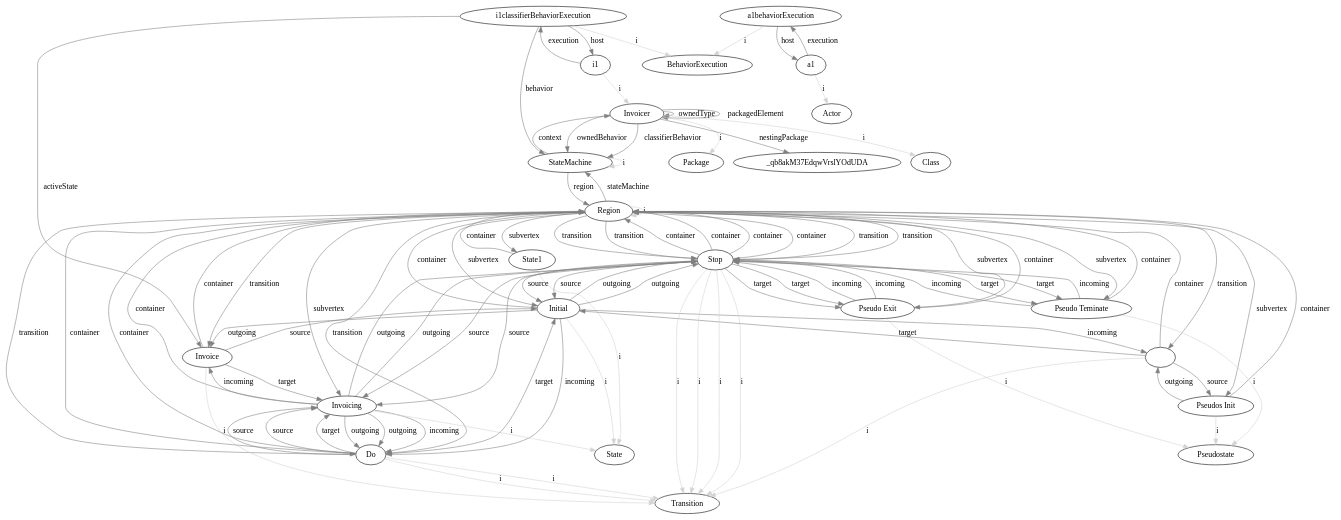
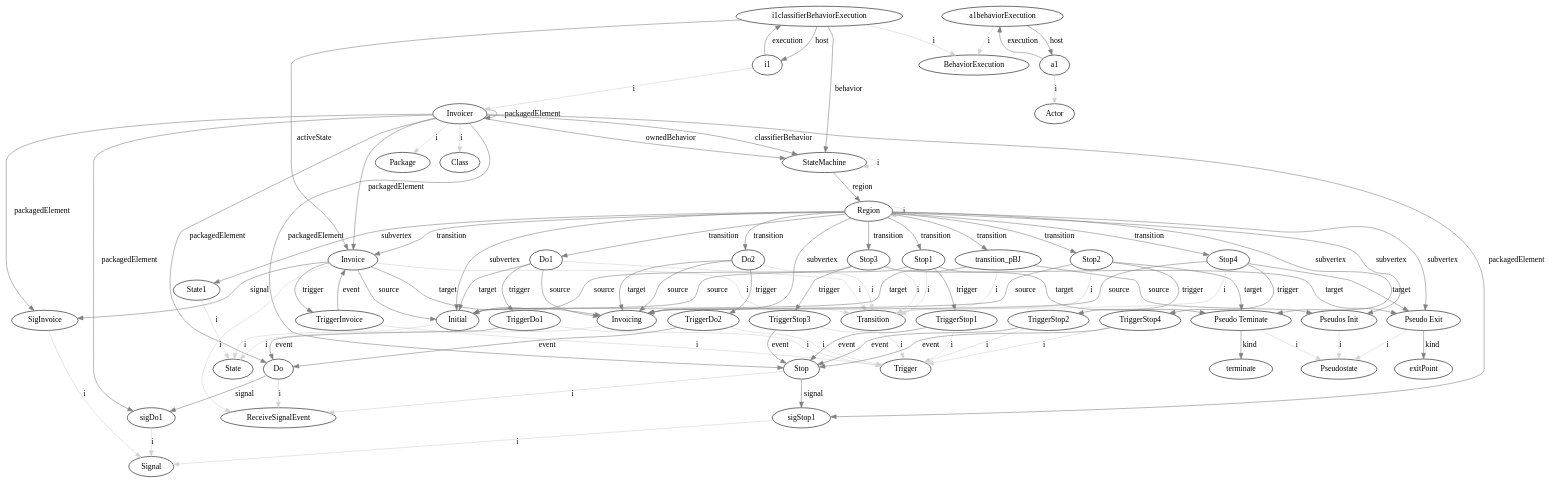
One commit to luisneiva/graf-framework changed the diagram in GraphOutputs/state0.dot. Above: the diagram before and after it, drawn with Graphviz. The commit also changed 1 other file, not shown here.

Commit message:
Add signal, receive signal event, and trigger to invoicer model. Some problems to fix

```diff
--- a/GraphOutputs/state0.dot
+++ b/GraphOutputs/state0.dot
@@ -1,98 +1,102 @@
 digraph umlMetamodel {
 	"Invoicer" -> "Package" [label="i", color="lightgrey"]
-	"Invoicer" -> "Invoicer" [label="ownedType", color="grey"]
 	"Invoicer" -> "Invoicer" [label="packagedElement", color="grey"]
-	"Invoicer" -> "_qb8akM37EdqwVrslYOdUDA" [label="nestingPackage", color="grey"]
 	"Invoicer" -> "Class" [label="i", color="lightgrey"]
+	"Invoicer" -> "StateMachine" [label="classifierBehavior", color="grey"]
 	"Invoicer" -> "StateMachine" [label="ownedBehavior", color="grey"]
-	"Invoicer" -> "StateMachine" [label="classifierBehavior", color="grey"]
 	"StateMachine" -> "StateMachine" [label="i", color="lightgrey"]
-	"StateMachine" -> "Invoicer" [label="context", color="grey"]
 	"StateMachine" -> "Region" [label="region", color="grey"]
 	"Region" -> "Region" [label="i", color="lightgrey"]
 	"Region" -> "State1" [label="subvertex", color="grey"]
+	"State1" -> "State" [label="i", color="lightgrey"]
 	"Region" -> "Initial" [label="subvertex", color="grey"]
+	"Initial" -> "State" [label="i", color="lightgrey"]
 	"Region" -> "Pseudos Init" [label="subvertex", color="grey"]
+	"Pseudos Init" -> "Pseudostate" [label="i", color="lightgrey"]
 	"Region" -> "Invoicing" [label="subvertex", color="grey"]
+	"Invoicing" -> "State" [label="i", color="lightgrey"]
 	"Region" -> "Pseudo Teminate" [label="subvertex", color="grey"]
+	"Pseudo Teminate" -> "Pseudostate" [label="i", color="lightgrey"]
+	"Pseudo Teminate" -> "terminate" [label="kind", color="grey"]
 	"Region" -> "Pseudo Exit" [label="subvertex", color="grey"]
-	"Region" -> "" [label="transition", color="grey"]
+	"Pseudo Exit" -> "Pseudostate" [label="i", color="lightgrey"]
+	"Pseudo Exit" -> "exitPoint" [label="kind", color="grey"]
+	"Region" -> "transition_pBJ" [label="transition", color="grey"]
+	"transition_pBJ" -> "Transition" [label="i", color="lightgrey"]
+	"transition_pBJ" -> "Pseudos Init" [label="source", color="grey"]
+	"transition_pBJ" -> "Initial" [label="target", color="grey"]
 	"Region" -> "Invoice" [label="transition", color="grey"]
-	"Region" -> "Do" [label="transition", color="grey"]
-	"Region" -> "Stop" [label="transition", color="grey"]
-	"Region" -> "Stop" [label="transition", color="grey"]
-	"Region" -> "Do" [label="transition", color="grey"]
-	"Region" -> "Stop" [label="transition", color="grey"]
-	"Region" -> "Stop" [label="transition", color="grey"]
-	"Region" -> "StateMachine" [label="stateMachine", color="grey"]
-	"State1" -> "State" [label="i", color="lightgrey"]
-	"State1" -> "Region" [label="container", color="grey"]
-	"Initial" -> "State" [label="i", color="lightgrey"]
-	"Initial" -> "Invoice" [label="outgoing", color="grey"]
-	"Initial" -> "Stop" [label="outgoing", color="grey"]
-	"Initial" -> "Stop" [label="outgoing", color="grey"]
-	"Initial" -> "" [label="incoming", color="grey"]
-	"Initial" -> "Do" [label="incoming", color="grey"]
-	"Initial" -> "Region" [label="container", color="grey"]
-	"Pseudos Init" -> "Pseudostate" [label="i", color="lightgrey"]
-	"Pseudos Init" -> "" [label="outgoing", color="grey"]
-	"Pseudos Init" -> "Region" [label="container", color="grey"]
-	"Invoicing" -> "State" [label="i", color="lightgrey"]
-	"Invoicing" -> "Do" [label="outgoing", color="grey"]
-	"Invoicing" -> "Stop" [label="outgoing", color="grey"]
-	"Invoicing" -> "Do" [label="outgoing", color="grey"]
-	"Invoicing" -> "Stop" [label="outgoing", color="grey"]
-	"Invoicing" -> "Invoice" [label="incoming", color="grey"]
-	"Invoicing" -> "Do" [label="incoming", color="grey"]
-	"Invoicing" -> "Region" [label="container", color="grey"]
-	"Pseudo Teminate" -> "Pseudostate" [label="i", color="lightgrey"]
-	"Pseudo Teminate" -> "Stop" [label="incoming", color="grey"]
-	"Pseudo Teminate" -> "Stop" [label="incoming", color="grey"]
-	"Pseudo Teminate" -> "Region" [label="container", color="grey"]
-	"Pseudo Exit" -> "Pseudostate" [label="i", color="lightgrey"]
-	"Pseudo Exit" -> "Stop" [label="incoming", color="grey"]
-	"Pseudo Exit" -> "Stop" [label="incoming", color="grey"]
-	"Pseudo Exit" -> "Region" [label="container", color="grey"]
-	"" -> "Transition" [label="i", color="lightgrey"]
-	"" -> "Region" [label="container", color="grey"]
-	"" -> "Pseudos Init" [label="source", color="grey"]
-	"" -> "Initial" [label="target", color="grey"]
 	"Invoice" -> "Transition" [label="i", color="lightgrey"]
-	"Invoice" -> "Region" [label="container", color="grey"]
 	"Invoice" -> "Initial" [label="source", color="grey"]
 	"Invoice" -> "Invoicing" [label="target", color="grey"]
-	"Do" -> "Transition" [label="i", color="lightgrey"]
-	"Do" -> "Region" [label="container", color="grey"]
-	"Do" -> "Invoicing" [label="source", color="grey"]
-	"Do" -> "Initial" [label="target", color="grey"]
-	"Stop" -> "Transition" [label="i", color="lightgrey"]
-	"Stop" -> "Region" [label="container", color="grey"]
-	"Stop" -> "Initial" [label="source", color="grey"]
-	"Stop" -> "Pseudo Teminate" [label="target", color="grey"]
-	"Stop" -> "Transition" [label="i", color="lightgrey"]
-	"Stop" -> "Region" [label="container", color="grey"]
-	"Stop" -> "Invoicing" [label="source", color="grey"]
-	"Stop" -> "Pseudo Teminate" [label="target", color="grey"]
-	"Do" -> "Transition" [label="i", color="lightgrey"]
-	"Do" -> "Region" [label="container", color="grey"]
-	"Do" -> "Invoicing" [label="source", color="grey"]
-	"Do" -> "Invoicing" [label="target", color="grey"]
-	"Stop" -> "Transition" [label="i", color="lightgrey"]
-	"Stop" -> "Region" [label="container", color="grey"]
-	"Stop" -> "Initial" [label="source", color="grey"]
-	"Stop" -> "Pseudo Exit" [label="target", color="grey"]
-	"Stop" -> "Transition" [label="i", color="lightgrey"]
-	"Stop" -> "Region" [label="container", color="grey"]
-	"Stop" -> "Invoicing" [label="source", color="grey"]
-	"Stop" -> "Pseudo Exit" [label="target", color="grey"]
+	"Invoice" -> "TriggerInvoice" [label="trigger", color="grey"]
+	"TriggerInvoice" -> "Trigger" [label="i", color="lightgrey"]
+	"TriggerInvoice" -> "Invoice" [label="event", color="grey"]
+	"Region" -> "Do1" [label="transition", color="grey"]
+	"Do1" -> "Transition" [label="i", color="lightgrey"]
+	"Do1" -> "Invoicing" [label="source", color="grey"]
+	"Do1" -> "Initial" [label="target", color="grey"]
+	"Do1" -> "TriggerDo1" [label="trigger", color="grey"]
+	"TriggerDo1" -> "Trigger" [label="i", color="lightgrey"]
+	"TriggerDo1" -> "Do" [label="event", color="grey"]
+	"Region" -> "Stop1" [label="transition", color="grey"]
+	"Stop1" -> "Transition" [label="i", color="lightgrey"]
+	"Stop1" -> "Initial" [label="source", color="grey"]
+	"Stop1" -> "Pseudo Teminate" [label="target", color="grey"]
+	"Stop1" -> "TriggerStop1" [label="trigger", color="grey"]
+	"TriggerStop1" -> "Trigger" [label="i", color="lightgrey"]
+	"TriggerStop1" -> "Stop" [label="event", color="grey"]
+	"Region" -> "Stop2" [label="transition", color="grey"]
+	"Stop2" -> "Transition" [label="i", color="lightgrey"]
+	"Stop2" -> "Invoicing" [label="source", color="grey"]
+	"Stop2" -> "Pseudo Teminate" [label="target", color="grey"]
+	"Stop2" -> "TriggerStop2" [label="trigger", color="grey"]
+	"TriggerStop2" -> "Trigger" [label="i", color="lightgrey"]
+	"TriggerStop2" -> "Stop" [label="event", color="grey"]
+	"Region" -> "Do2" [label="transition", color="grey"]
+	"Do2" -> "Transition" [label="i", color="lightgrey"]
+	"Do2" -> "Invoicing" [label="source", color="grey"]
+	"Do2" -> "Invoicing" [label="target", color="grey"]
+	"Do2" -> "TriggerDo2" [label="trigger", color="grey"]
+	"TriggerDo2" -> "Trigger" [label="i", color="lightgrey"]
+	"TriggerDo2" -> "Do" [label="event", color="grey"]
+	"Region" -> "Stop3" [label="transition", color="grey"]
+	"Stop3" -> "Transition" [label="i", color="lightgrey"]
+	"Stop3" -> "Initial" [label="source", color="grey"]
+	"Stop3" -> "Pseudo Exit" [label="target", color="grey"]
+	"Stop3" -> "TriggerStop3" [label="trigger", color="grey"]
+	"TriggerStop3" -> "Trigger" [label="i", color="lightgrey"]
+	"TriggerStop3" -> "Stop" [label="event", color="grey"]
+	"Region" -> "Stop4" [label="transition", color="grey"]
+	"Stop4" -> "Transition" [label="i", color="lightgrey"]
+	"Stop4" -> "Invoicing" [label="source", color="grey"]
+	"Stop4" -> "Pseudo Exit" [label="target", color="grey"]
+	"Stop4" -> "TriggerStop4" [label="trigger", color="grey"]
+	"TriggerStop4" -> "Trigger" [label="i", color="lightgrey"]
+	"TriggerStop4" -> "Stop" [label="event", color="grey"]
+	"Invoicer" -> "sigDo1" [label="packagedElement", color="grey"]
+	"sigDo1" -> "Signal" [label="i", color="lightgrey"]
+	"Invoicer" -> "sigStop1" [label="packagedElement", color="grey"]
+	"sigStop1" -> "Signal" [label="i", color="lightgrey"]
+	"Invoicer" -> "Do" [label="packagedElement", color="grey"]
+	"Do" -> "ReceiveSignalEvent" [label="i", color="lightgrey"]
+	"Do" -> "sigDo1" [label="signal", color="grey"]
+	"Invoicer" -> "Stop" [label="packagedElement", color="grey"]
+	"Stop" -> "ReceiveSignalEvent" [label="i", color="lightgrey"]
+	"Stop" -> "sigStop1" [label="signal", color="grey"]
+	"Invoicer" -> "SigInvoice" [label="packagedElement", color="grey"]
+	"SigInvoice" -> "Signal" [label="i", color="lightgrey"]
+	"Invoicer" -> "Invoice" [label="packagedElement", color="grey"]
+	"Invoice" -> "ReceiveSignalEvent" [label="i", color="lightgrey"]
+	"Invoice" -> "SigInvoice" [label="signal", color="grey"]
 	"i1" -> "Invoicer" [label="i", color="lightgrey"]
 	"i1classifierBehaviorExecution" -> "BehaviorExecution" [label="i", color="lightgrey"]
 	"i1" -> "i1classifierBehaviorExecution" [label="execution", color="grey"]
 	"i1classifierBehaviorExecution" -> "i1" [label="host", color="grey"]
 	"i1classifierBehaviorExecution" -> "StateMachine" [label="behavior", color="grey"]
 	"i1classifierBehaviorExecution" -> "Invoice" [label="activeState", color="grey"]
 	"a1" -> "Actor" [label="i", color="lightgrey"]
 	"a1behaviorExecution" -> "BehaviorExecution" [label="i", color="lightgrey"]
 	"a1" -> "a1behaviorExecution" [label="execution", color="grey"]
 	"a1behaviorExecution" -> "a1" [label="host", color="grey"]
 }
```
